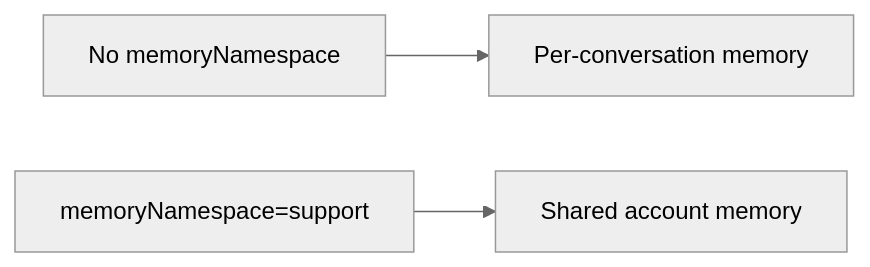
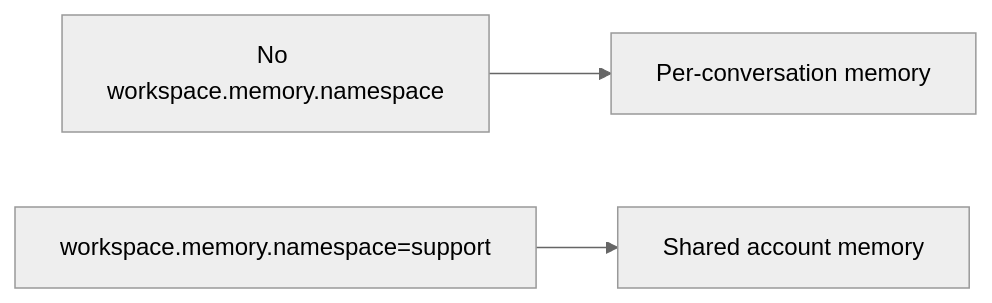
The seventh of 7 diagrams in docs/architecture.md (beeblastco/filthy-panty), drawn with Mermaid (neutral theme) before and after one commit. The commit also changed other lines of this file and 36 other files, not shown here.

First line of the commit message:
refactor: workspace config, session management, and tool architecture

````diff
--- a/docs/architecture.md
+++ b/docs/architecture.md
@@ -151,5 +151,5 @@
 ```mermaid
 flowchart LR
-  Conversation["No memoryNamespace"] --> PerConversation["Per-conversation memory"]
-  Namespace["memoryNamespace=support"] --> Shared["Shared account memory"]
+  Conversation["No workspace.memory.namespace"] --> PerConversation["Per-conversation memory"]
+  Namespace["workspace.memory.namespace=support"] --> Shared["Shared account memory"]
 ```
````
